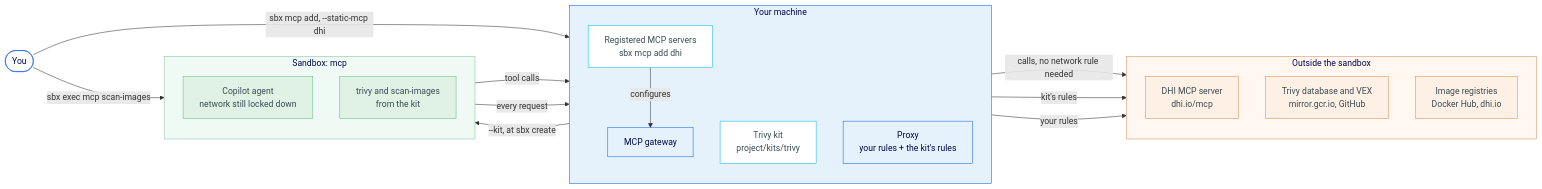
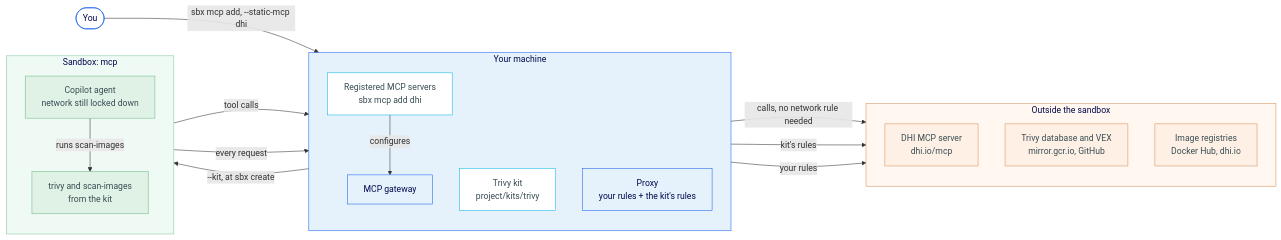
Before and after one commit to mathieu-benoit/sbx-lab: the diagram in instructions/10-mcp-servers.md, drawn with Mermaid. The commit also changed other lines of this file and 3 other files, not shown here.

First line of the commit message:
Let the agent run the Trivy scan in the MCP servers module

````diff
--- a/instructions/10-mcp-servers.md
+++ b/instructions/10-mcp-servers.md
@@ -9,58 +9,58 @@
 ```mermaid
 graph LR
     You(["You"])
 
     subgraph Host["Your machine"]
         direction TB
         McpRegistry["Registered MCP servers<br/>sbx mcp add dhi"]
         Gateway["MCP gateway"]
         TrivyKit["Trivy kit<br/>project/kits/trivy"]
         Proxy["Proxy<br/>your rules + the kit's rules"]
     end
 
     subgraph Sandbox["Sandbox: mcp"]
         direction TB
         Agent["Copilot agent<br/>network still locked down"]
         Trivy["trivy and scan-images<br/>from the kit"]
     end
 
     subgraph Outside["Outside the sandbox"]
         direction TB
         Dhi["DHI MCP server<br/>dhi.io/mcp"]
         TrivySources["Trivy database and VEX<br/>mirror.gcr.io, GitHub"]
         Registries["Image registries<br/>Docker Hub, dhi.io"]
     end
 
     You -->|"sbx mcp add, --static-mcp dhi"| McpRegistry
     McpRegistry -->|configures| Gateway
     Agent -->|tool calls| Gateway
     Gateway -->|"calls, no network rule needed"| Dhi
     TrivyKit -->|"--kit, at sbx create"| Trivy
-    You -->|"sbx exec mcp scan-images"| Trivy
+    Agent -->|"runs scan-images"| Trivy
     Trivy -->|every request| Proxy
     Proxy -->|"kit's rules"| TrivySources
     Proxy -->|"your rules"| Registries
 
     %% Styles — containers
     style Host fill:#E5F2FC,stroke:#1D63ED,color:#00084D
     style Sandbox fill:#f0faf4,stroke:#86c5a0,color:#00084D
     style Outside fill:#fff7f0,stroke:#d4915e,color:#00084D
 
     %% Styles — host nodes
     style McpRegistry fill:#fff,stroke:#0DB7ED,color:#384D54
     style TrivyKit fill:#fff,stroke:#0DB7ED,color:#384D54
     style Gateway fill:#E5F2FC,stroke:#1D63ED,color:#00084D
     style Proxy fill:#E5F2FC,stroke:#1D63ED,color:#00084D
 
     %% Styles — sandbox nodes
     style Agent fill:#e0f2e6,stroke:#6db88a,color:#384D54
     style Trivy fill:#e0f2e6,stroke:#6db88a,color:#384D54
 
     %% Styles — external nodes
     style Dhi fill:#fff0e5,stroke:#d4915e,color:#384D54
     style TrivySources fill:#fff0e5,stroke:#d4915e,color:#384D54
     style Registries fill:#fff0e5,stroke:#d4915e,color:#384D54
 
     %% Styles — actor
     style You fill:#fff,stroke:#1D63ED,color:#00084D
 ```
````
